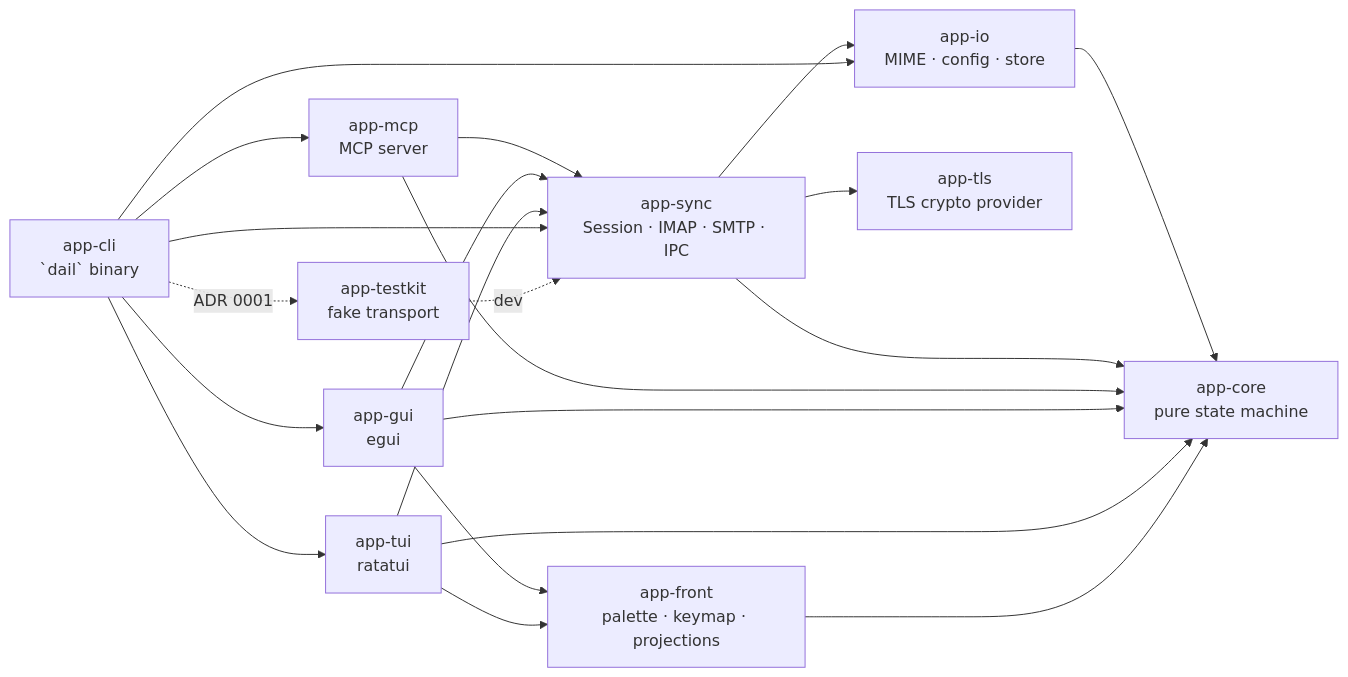
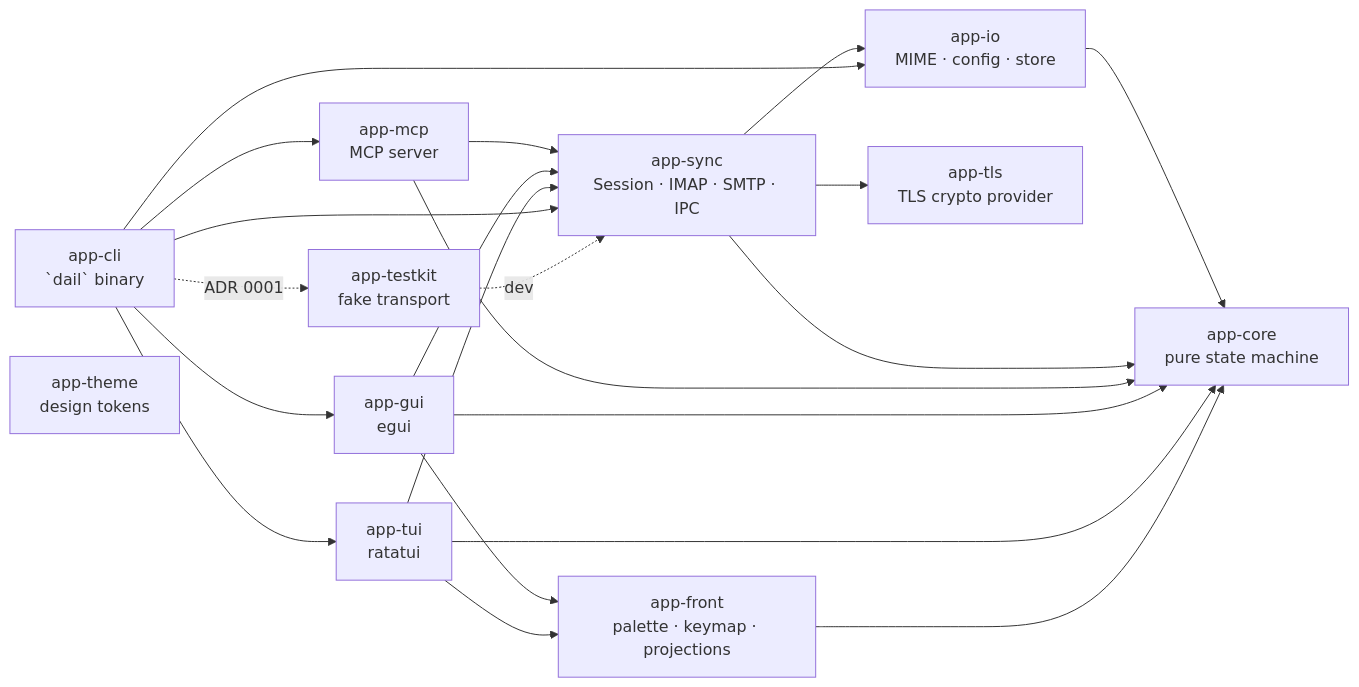
Before and after one commit to dariy/dail: the first of 2 diagrams in ARCHITECTURE.md, drawn with Mermaid. The commit also changed other lines of this file and 15 other files, not shown here.

First line of the commit message:
app-theme: add design tokens, built-in themes and contrast audit (UI-1)

````diff
--- a/ARCHITECTURE.md
+++ b/ARCHITECTURE.md
@@ -32,34 +32,35 @@
 ```mermaid
 graph LR
   core[app-core<br/>pure state machine]
   io[app-io<br/>MIME · config · store]
   sync[app-sync<br/>Session · IMAP · SMTP · IPC]
   mcp[app-mcp<br/>MCP server]
   gui[app-gui<br/>egui]
   front[app-front<br/>palette · keymap · projections]
   tui[app-tui<br/>ratatui]
   cli[app-cli<br/>`dail` binary]
   tk[app-testkit<br/>fake transport]
   tls[app-tls<br/>TLS crypto provider]
+  theme[app-theme<br/>design tokens]
 
   io --> core
   sync --> core
   sync --> io
   sync --> tls
   mcp --> sync
   mcp --> core
   gui --> sync
   gui --> core
   gui --> front
   tui --> sync
   tui --> core
   tui --> front
   front --> core
   cli --> mcp
   cli --> gui
   cli --> tui
   cli --> sync
   cli --> io
   cli -.ADR 0001.-> tk
   tk -.dev.-> sync
 ```
````
